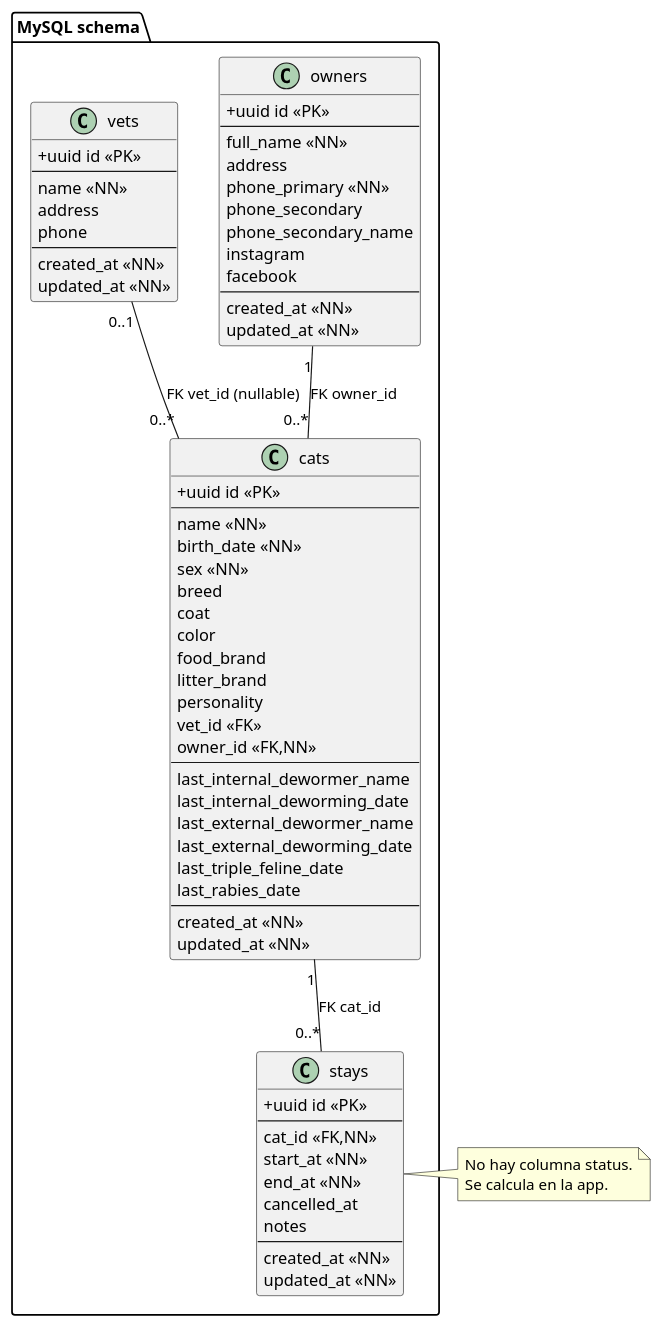
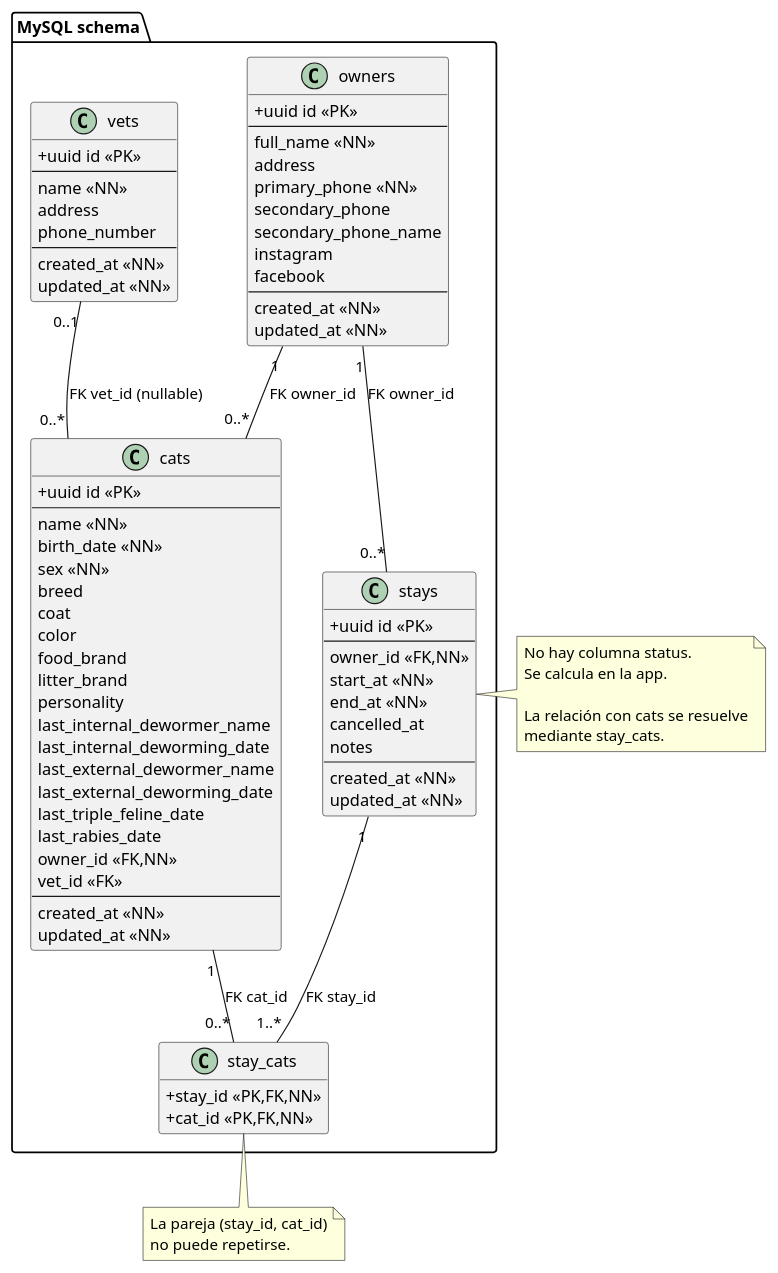
Before and after one commit to TheZenithPassage/catworld: the diagram in docs/uml/02-db-schema.puml, drawn with PlantUML. The commit also changed 4 other files, not shown here.

Commit message:
docs: update UML and architecture for multi-cat stays

```diff
--- a/docs/uml/02-db-schema.puml
+++ b/docs/uml/02-db-schema.puml
@@ -1,83 +1,97 @@
 @startuml
 hide methods
 hide stereotypes
 skinparam classAttributeIconSize 0
 
 package "MySQL schema" {
 
   class owners <<table>> {
     +uuid id <<PK>>
     --
     full_name <<NN>>
     address
-    phone_primary <<NN>>
-    phone_secondary
-    phone_secondary_name
+    primary_phone <<NN>>
+    secondary_phone
+    secondary_phone_name
     instagram
     facebook
     --
     created_at <<NN>>
     updated_at <<NN>>
   }
 
   class vets <<table>> {
     +uuid id <<PK>>
     --
     name <<NN>>
     address
-    phone
+    phone_number
     --
     created_at <<NN>>
     updated_at <<NN>>
   }
 
   class cats <<table>> {
     +uuid id <<PK>>
     --
     name <<NN>>
     birth_date <<NN>>
     sex <<NN>>
     breed
     coat
     color
     food_brand
     litter_brand
     personality
-    vet_id <<FK>>
-    owner_id <<FK,NN>>
-    --
     last_internal_dewormer_name
     last_internal_deworming_date
     last_external_dewormer_name
     last_external_deworming_date
     last_triple_feline_date
     last_rabies_date
+    owner_id <<FK,NN>>
+    vet_id <<FK>>
     --
     created_at <<NN>>
     updated_at <<NN>>
   }
 
   class stays <<table>> {
     +uuid id <<PK>>
     --
-    cat_id <<FK,NN>>
+    owner_id <<FK,NN>>
     start_at <<NN>>
     end_at <<NN>>
     cancelled_at
     notes
     --
     created_at <<NN>>
     updated_at <<NN>>
   }
 
+  class stay_cats <<table>> {
+    +stay_id <<PK,FK,NN>>
+    +cat_id <<PK,FK,NN>>
+  }
+
   owners "1" -- "0..*" cats : FK owner_id
   vets   "0..1" -- "0..*" cats : FK vet_id (nullable)
-  cats   "1" -- "0..*" stays : FK cat_id
+  owners "1" -- "0..*" stays : FK owner_id
+  stays  "1" -- "1..*" stay_cats : FK stay_id
+  cats   "1" -- "0..*" stay_cats : FK cat_id
 }
 
 note right of stays
 No hay columna status.
 Se calcula en la app.
+
+La relación con cats se resuelve
+mediante stay_cats.
+end note
+
+note bottom of stay_cats
+La pareja (stay_id, cat_id)
+no puede repetirse.
 end note
 
 @enduml
```
